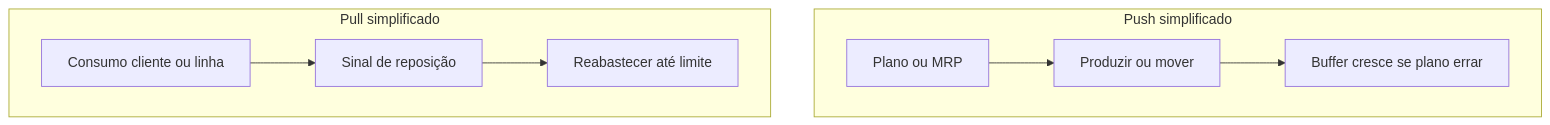
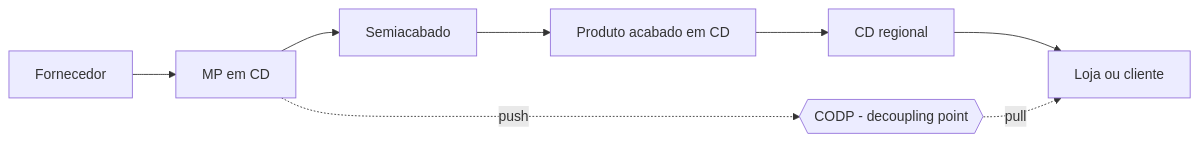
Before and after one commit to cleberhensel/logisticon-academy: the first of 3 diagrams in aulas/trilha-melhoria-continua-e-processos/modulo-01-lean-logistics/aula-02-fluxo-pull-kanban-estoque.md, drawn with Mermaid. The commit also changed other lines of this file and 122 other files, not shown here.

````diff
--- a/aulas/trilha-melhoria-continua-e-processos/modulo-01-lean-logistics/aula-02-fluxo-pull-kanban-estoque.md
+++ b/aulas/trilha-melhoria-continua-e-processos/modulo-01-lean-logistics/aula-02-fluxo-pull-kanban-estoque.md
@@ -45,15 +63,11 @@
 ```mermaid
-flowchart TB
-  subgraph pushFlow["Push simplificado"]
-    P1[Plano ou MRP]
-    P2[Produzir ou mover]
-    P3[Buffer cresce se plano errar]
-    P1 --> P2 --> P3
-  end
-  subgraph pullFlow["Pull simplificado"]
-    C1[Consumo cliente ou linha]
-    S1[Sinal de reposição]
-    R1[Reabastecer até limite]
-    C1 --> S1 --> R1
-  end
+flowchart LR
+  Forn[Fornecedor] --> ChegMP[MP em CD]
+  ChegMP --> SemiAcab[Semiacabado]
+  SemiAcab --> ProdAcab[Produto acabado em CD]
+  ProdAcab --> CDRegional[CD regional]
+  CDRegional --> Loja[Loja ou cliente]
+  CODP{{CODP - decoupling point}}
+  ChegMP -.push.-> CODP
+  CODP -.pull.-> Loja
 ```
````
